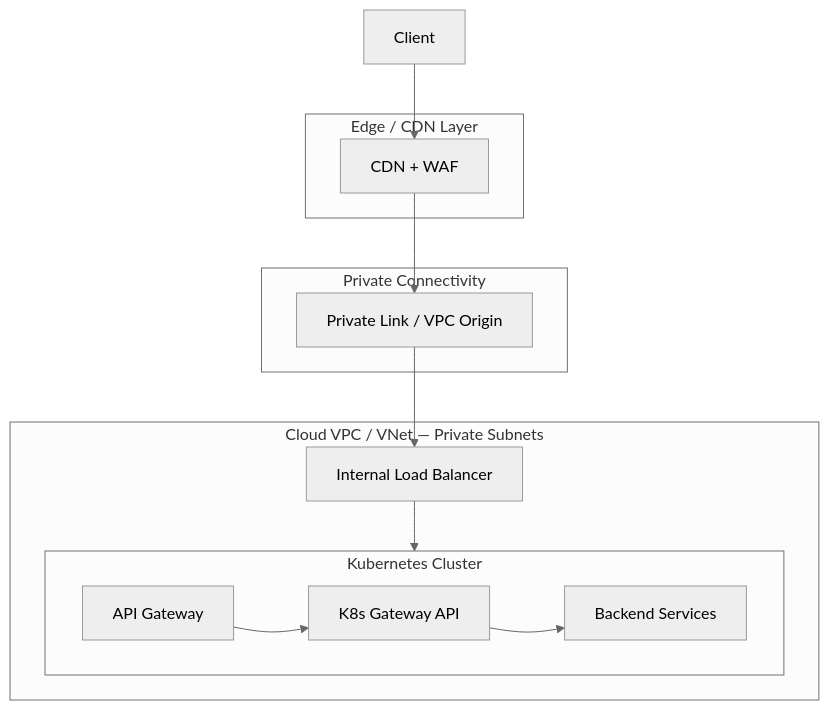
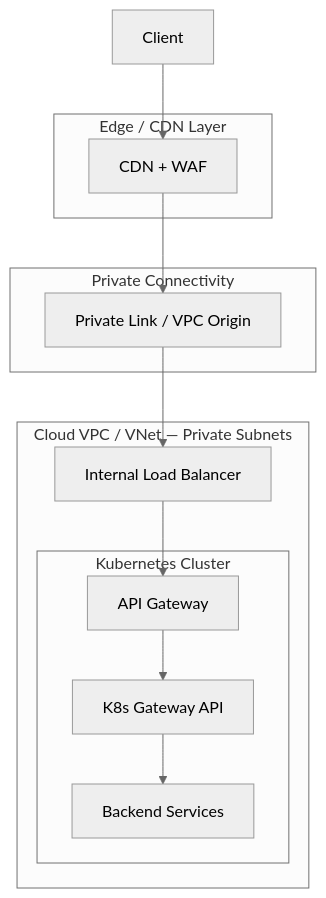
One commit to shanaka-versent/EKS-Kong-GatewayAPI-Demo changed the first of 12 diagrams in README.md. Above: the diagram before and after it, drawn with Mermaid.

Commit message:
Fix Reference Architecture diagram: straight vertical lines, no overlap

````diff
--- a/README.md
+++ b/README.md
@@ -21,29 +21,30 @@
 ```mermaid
 %%{init: {'theme': 'neutral'}}%%
 flowchart TB
     Client["Client"]
 
     subgraph Edge["Edge / CDN Layer"]
         CDN["CDN + WAF"]
     end
 
     subgraph Private["Private Connectivity"]
         PL["Private Link / VPC Origin"]
     end
 
     subgraph Cloud["Cloud VPC / VNet — Private Subnets"]
         ILB["Internal Load Balancer"]
 
         subgraph K8s["Kubernetes Cluster"]
-            direction LR
-            APIGW["API Gateway"] ~~~ GW["K8s Gateway API"] ~~~ SVC["Backend Services"]
+            APIGW["API Gateway"]
+            GW["K8s Gateway API"]
+            SVC["Backend Services"]
         end
     end
 
     Client --> CDN
     CDN --> PL
     PL --> ILB
     ILB --> APIGW
     APIGW --> GW
     GW --> SVC
 ```
````
